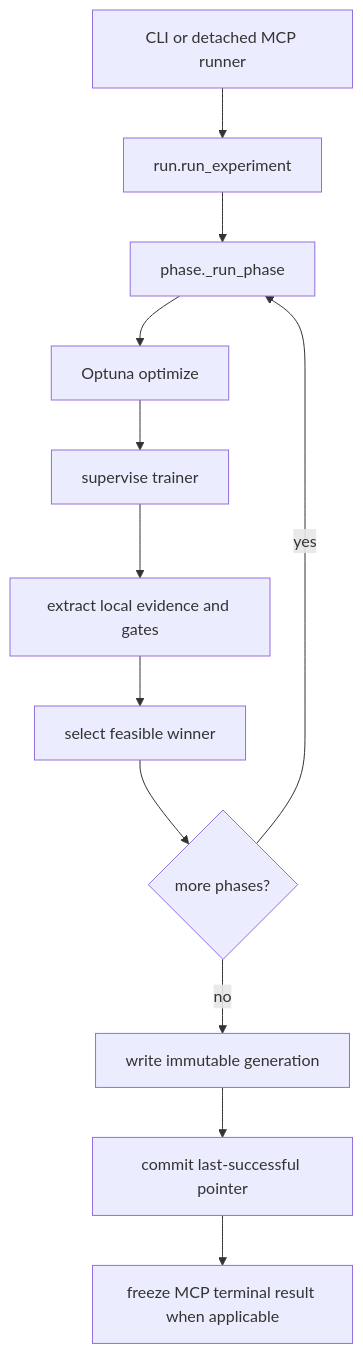
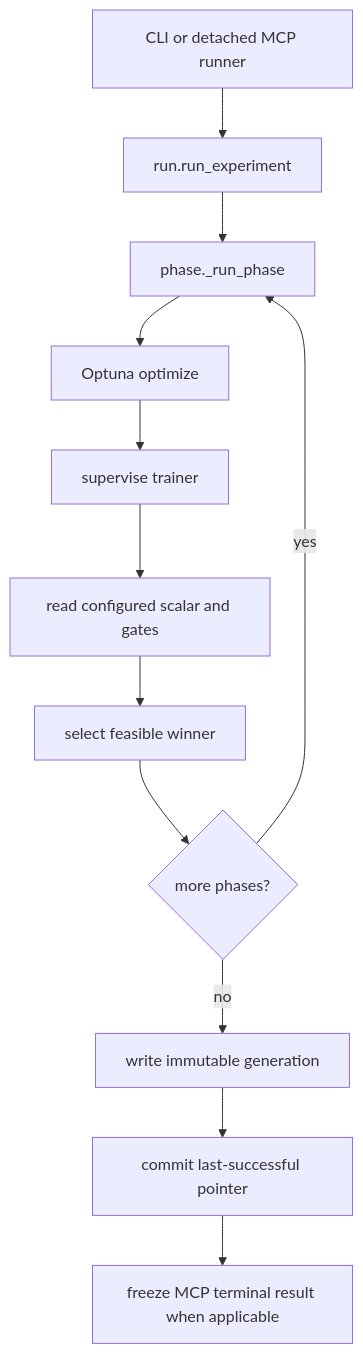
One commit to pszemraj/phasesweep changed the diagram in docs/development.md. Above: the diagram before and after it, drawn with Mermaid. The commit also changed other lines of this file and 23 other files, not shown here.

````diff
--- a/docs/development.md
+++ b/docs/development.md
@@ -75,14 +110,14 @@
 ```mermaid
 flowchart TD
     cli["CLI or detached MCP runner"] --> run["run.run_experiment"]
     run --> phase["phase._run_phase"]
     phase --> optimize["Optuna optimize"]
     optimize --> launch["supervise trainer"]
-    launch --> evidence["extract local evidence and gates"]
+    launch --> evidence["read configured scalar and gates"]
     evidence --> select["select feasible winner"]
     select --> next{"more phases?"}
     next -->|yes| phase
     next -->|no| generation["write immutable generation"]
     generation --> pointer["commit last-successful pointer"]
     pointer --> snapshot["freeze MCP terminal result when applicable"]
 ```
````
